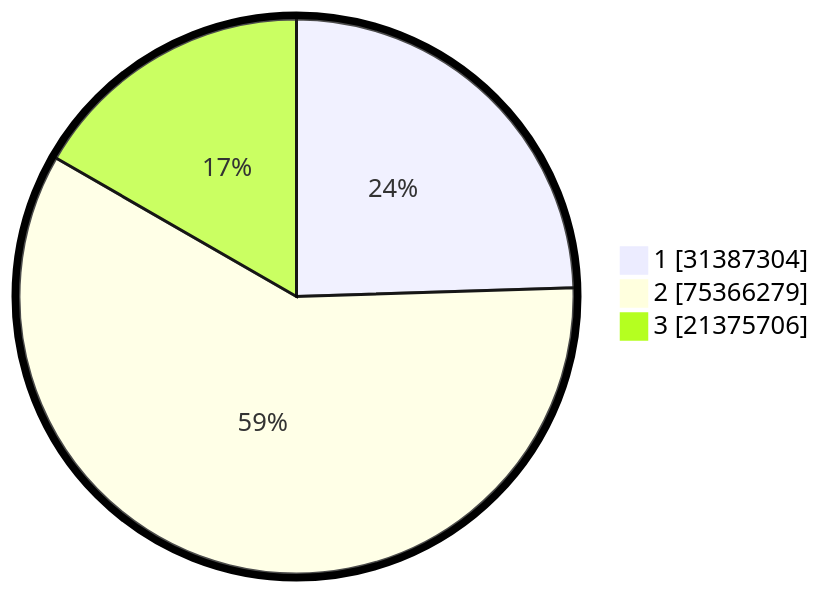
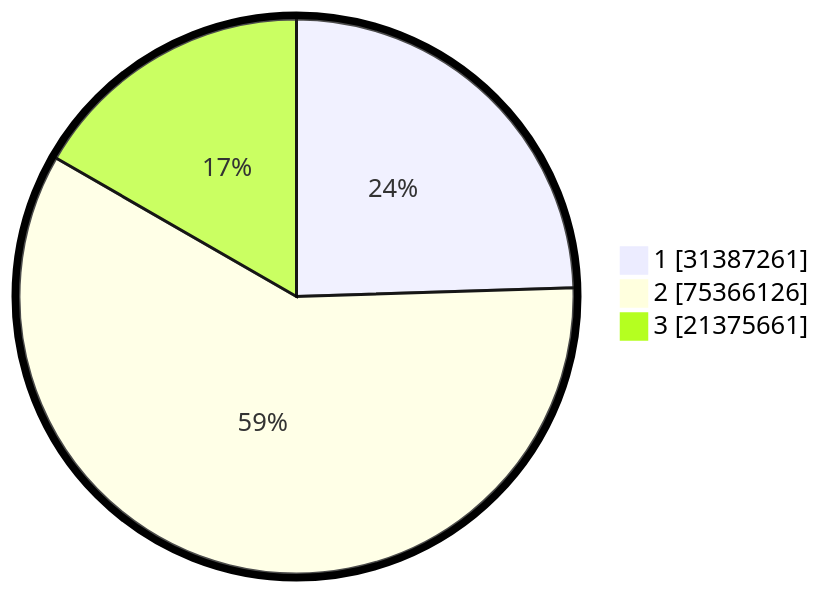
Before and after one commit to gigit-pemilu/pemilu-2024: the second of 2 diagrams in pilpres/hitung-suara/README.md, drawn with Mermaid. The commit also changed other lines of this file and 6 other files, not shown here.

````diff
--- a/pilpres/hitung-suara/README.md
+++ b/pilpres/hitung-suara/README.md
@@ -93,7 +93,7 @@
 ```mermaid
 %%{init: {"pie": {"textPosition": 0.5}, "themeVariables": {"pieOuterStrokeWidth": "5px"}} }%%
 pie showData
-    "1" : 31387304
-    "2" : 75366279
-    "3" : 21375706
+    "1" : 31387261
+    "2" : 75366126
+    "3" : 21375661
 ```
````
